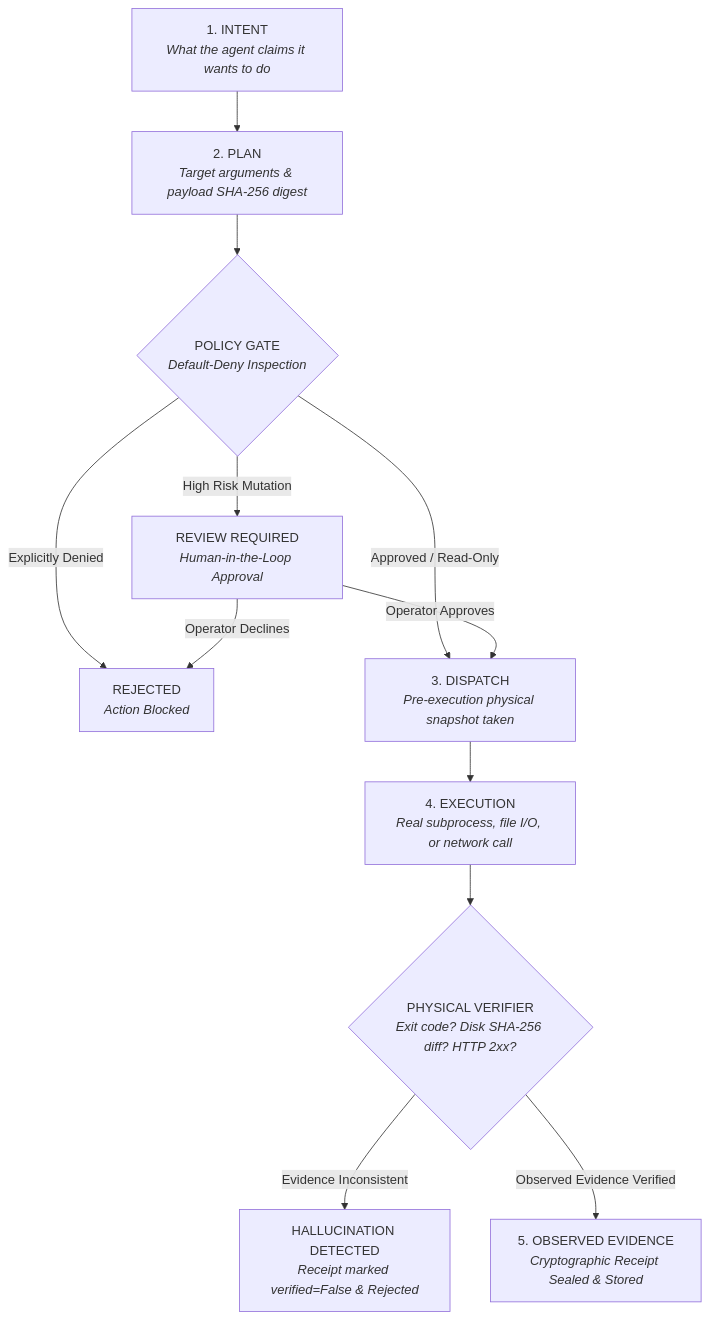
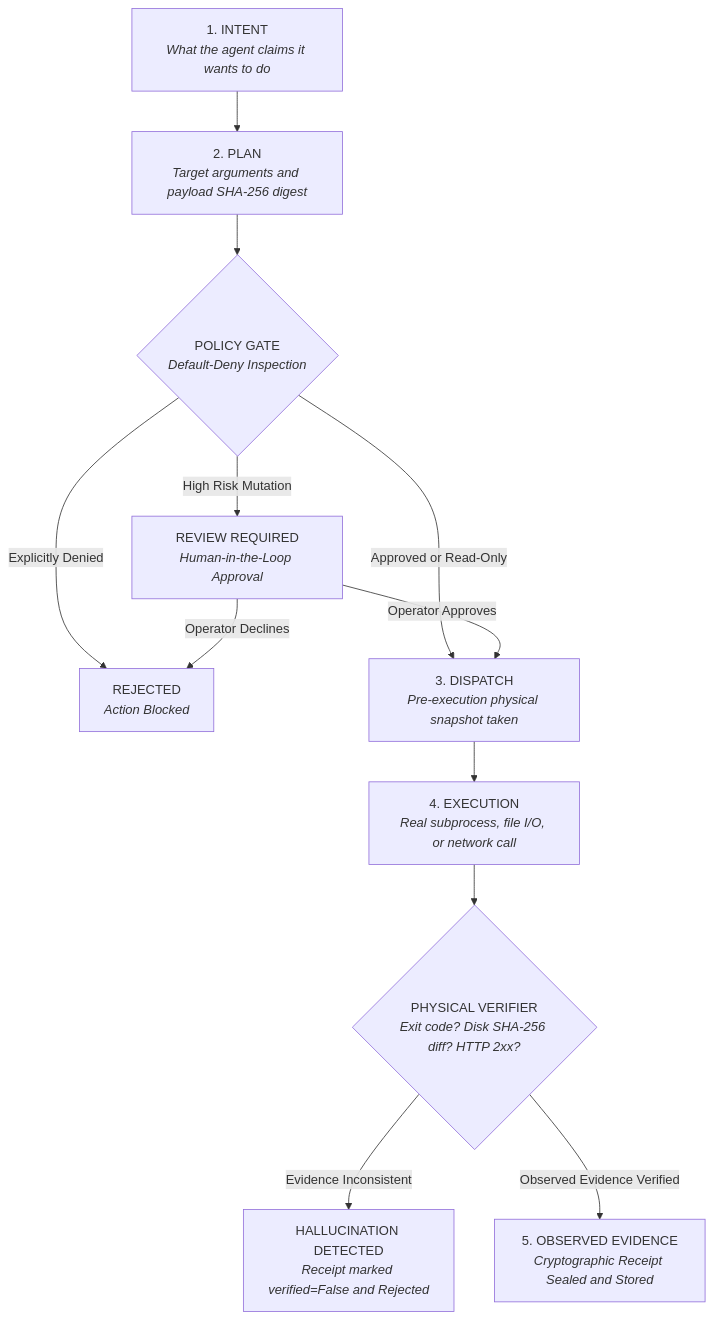
One commit to BenniAlencar/reality-lock changed the diagram in README.md. Above: the diagram before and after it, drawn with Mermaid.

Commit message:
fix(docs): normalize Mermaid labels to prevent rich view parsing errors

````diff
--- a/README.md
+++ b/README.md
@@ -58,14 +58,14 @@
 ```mermaid
 graph TD
-    A["1. INTENT<br><i>What the agent claims it wants to do</i>"] --> B["2. PLAN<br><i>Target arguments & payload SHA-256 digest</i>"]
+    A["1. INTENT<br><i>What the agent claims it wants to do</i>"] --> B["2. PLAN<br><i>Target arguments and payload SHA-256 digest</i>"]
     B --> C{"POLICY GATE<br><i>Default-Deny Inspection</i>"}
     C -->|High Risk Mutation| D["REVIEW REQUIRED<br><i>Human-in-the-Loop Approval</i>"]
     C -->|Explicitly Denied| E["REJECTED<br><i>Action Blocked</i>"]
-    C -->|Approved / Read-Only| F["3. DISPATCH<br><i>Pre-execution physical snapshot taken</i>"]
+    C -->|Approved or Read-Only| F["3. DISPATCH<br><i>Pre-execution physical snapshot taken</i>"]
     D -->|Operator Approves| F
     D -->|Operator Declines| E
     F --> G["4. EXECUTION<br><i>Real subprocess, file I/O, or network call</i>"]
     G --> H{"PHYSICAL VERIFIER<br><i>Exit code? Disk SHA-256 diff? HTTP 2xx?</i>"}
-    H -->|Evidence Inconsistent| I["HALLUCINATION DETECTED<br><i>Receipt marked verified=False & Rejected</i>"]
-    H -->|Observed Evidence Verified| J["5. OBSERVED EVIDENCE<br><i>Cryptographic Receipt Sealed & Stored</i>"]
+    H -->|Evidence Inconsistent| I["HALLUCINATION DETECTED<br><i>Receipt marked verified=False and Rejected</i>"]
+    H -->|Observed Evidence Verified| J["5. OBSERVED EVIDENCE<br><i>Cryptographic Receipt Sealed and Stored</i>"]
 ```
````
